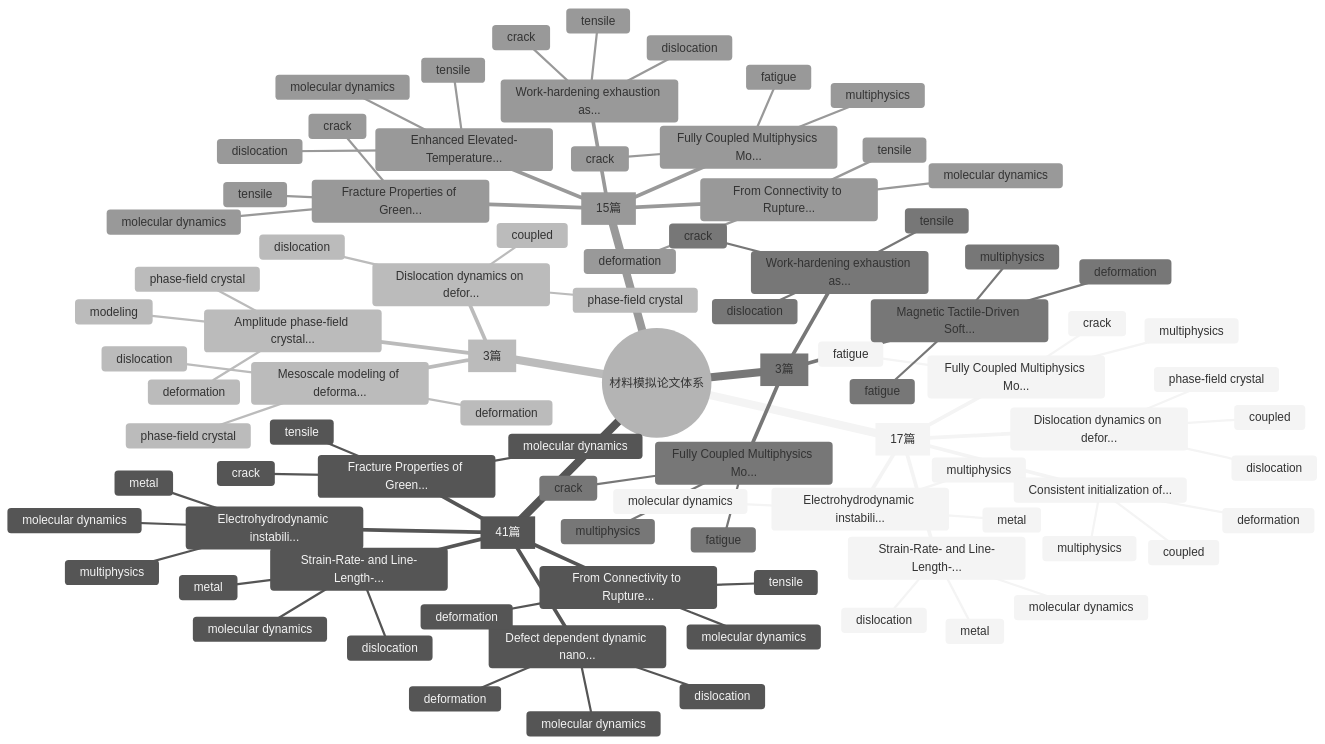
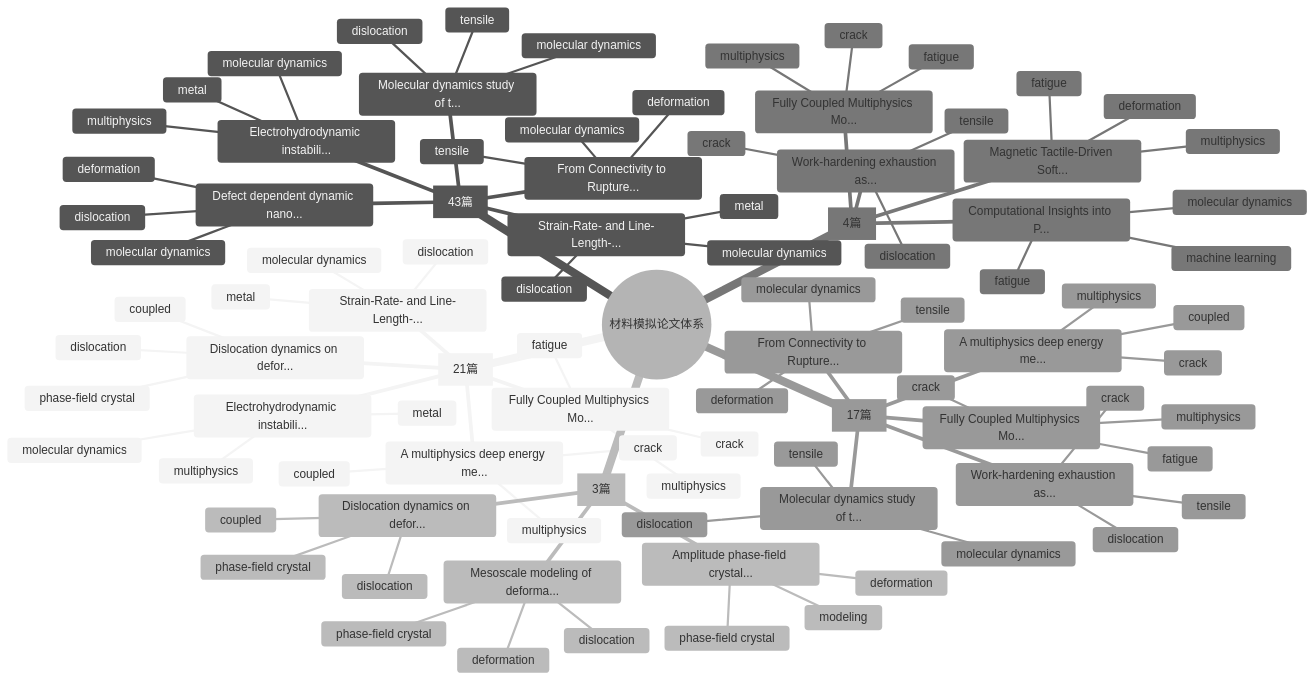
Before and after one commit to Shirakawa11111/BJK_readpaper: the first of 2 diagrams in reports/knowledge_graph.md, drawn with Mermaid (neutral theme). The commit also changed other lines of this file and 10 other files, not shown here.

````diff
--- a/reports/knowledge_graph.md
+++ b/reports/knowledge_graph.md
@@ -7,11 +7,15 @@
 ```mermaid
 mindmap
   root((材料模拟论文体系))
-    Multiphysics Coupling [17篇]
+    Multiphysics Coupling [21篇]
       Fully Coupled Multiphysics Mo...
         fatigue
         multiphysics
         crack
+      A multiphysics deep energy me...
+        multiphysics
+        crack
+        coupled
       Electrohydrodynamic instabili...
         molecular dynamics
         multiphysics
@@ -24,11 +28,11 @@
         molecular dynamics
         dislocation
         metal
-      Consistent initialization of...
-        multiphysics
-        coupled
-        deformation
-    Molecular Dynamics [41篇]
+    Molecular Dynamics [43篇]
+      Molecular dynamics study of t...
+        molecular dynamics
+        dislocation
+        tensile
       Electrohydrodynamic instabili...
         molecular dynamics
         multiphysics
@@ -45,10 +49,6 @@
         molecular dynamics
         tensile
         deformation
-      Fracture Properties of Green...
-        molecular dynamics
-        tensile
-        crack
     Phase-Field Crystal [3篇]
       Dislocation dynamics on defor...
         phase-field crystal
@@ -62,11 +62,15 @@
         phase-field crystal
         dislocation
         deformation
-    Metal Fatigue Simulation [3篇]
+    Metal Fatigue Simulation [4篇]
       Fully Coupled Multiphysics Mo...
         fatigue
         multiphysics
         crack
+      Computational Insights into P...
+        molecular dynamics
+        fatigue
+        machine learning
       Work-hardening exhaustion as...
         crack
         dislocation
@@ -75,11 +79,19 @@
         multiphysics
         fatigue
         deformation
-    Tensile / Deformation Simulation [15篇]
+    Tensile / Deformation Simulation [17篇]
       Fully Coupled Multiphysics Mo...
         fatigue
         multiphysics
         crack
+      Molecular dynamics study of t...
+        molecular dynamics
+        dislocation
+        tensile
+      A multiphysics deep energy me...
+        multiphysics
+        crack
+        coupled
       From Connectivity to Rupture...
         molecular dynamics
         tensile
@@ -88,12 +100,4 @@
         crack
         dislocation
         tensile
-      Fracture Properties of Green...
-        molecular dynamics
-        tensile
-        crack
-      Enhanced Elevated-Temperature...
-        molecular dynamics
-        dislocation
-        tensile
 ```
````
